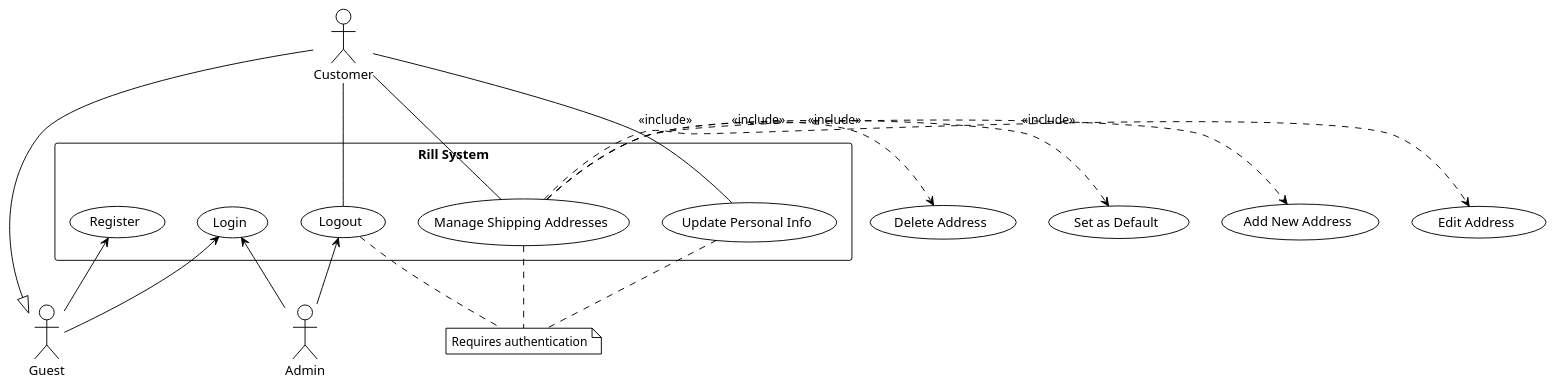
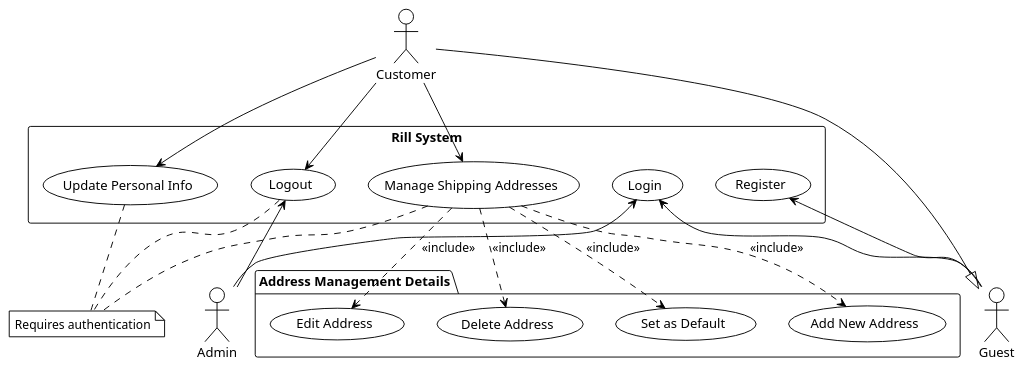
Before and after one commit to mttk2004/rill-system: the diagram in use-case/detailed/uc-1-account-management.puml, drawn with PlantUML. The commit also changed 9 other files, not shown here.

Commit message:
refactor: refine all diagrams

```diff
--- a/use-case/detailed/uc-1-account-management.puml
+++ b/use-case/detailed/uc-1-account-management.puml
@@ -1,48 +1,65 @@
-@startuml "UC-1: Account & Profile Management"
-' Layout improvement for better readability
-
+@startuml "UC-1: Account & Profile Management - Final Layout"
+' Giao diện gọn gàng
 !theme plain
 
+' --- ACTORS ---
+actor Customer
 actor Guest
-actor Customer
 actor Admin
 
+' Quan hệ kế thừa
 Customer --|> Guest
 
+' --- SYSTEM BOUNDARY ---
 rectangle "Rill System" {
   usecase "Register" as UC1
   usecase "Login" as UC2
   usecase "Logout" as UC2b
   usecase "Update Personal Info" as UC3
   usecase "Manage Shipping Addresses" as UC4
+
+  ' Dàn hàng ngang các use case
+  UC1 -[hidden]right- UC2
+  UC3 -[hidden]right- UC4
 }
 
-' Positioning actors
-Guest -[hidden]down-> Customer
-Admin -[hidden]down- UC2b
+' --- SUB USE CASES for Address Management ---
+package "Address Management Details" {
+  usecase "Add New Address" as Add
+  usecase "Edit Address" as Edit
+  usecase "Delete Address" as Delete
+  usecase "Set as Default" as SetDefault
 
-' Guest actions are on the left
+  ' Dàn hàng ngang các use case con
+  Add -[hidden]right- Edit
+  Edit -[hidden]right- Delete
+  Delete -[hidden]right- SetDefault
+}
+
+' --- RELATIONSHIPS ---
+
+' Actor -> Use Cases
 Guest -up-> UC1
 Guest -up-> UC2
-
-' Admin actions are on the right
 Admin -up-> UC2
 Admin -up-> UC2b
+Customer --> UC2b
+Customer --> UC3
+Customer --> UC4
 
-' Customer actions are in the center
-Customer -- UC2b
-Customer -- UC3
-Customer -- UC4
+' Quan hệ <<include>>
+UC4 .down.> Add       : <<include>>
+UC4 .down.> Edit      : <<include>>
+UC4 .down.> Delete    : <<include>>
+UC4 .down.> SetDefault: <<include>>
 
-' Breakdown of Manage Shipping Addresses
-UC4 .> (Add New Address) : <<include>>
-UC4 .> (Edit Address) : <<include>>
-UC4 .> (Delete Address) : <<include>>
-UC4 .> (Set as Default) : <<include>>
+' --- NOTES (SỬA LỖI TẠI ĐÂY) ---
+' 1. Đặt ghi chú và gán cho nó một cái tên (alias) là "AuthNote"
+note "Requires authentication" as AuthNote
 
-note "Requires authentication" as N1
-UC3 .. N1
-UC4 .. N1
-UC2b .. N1
+' 2. Nối các use case trực tiếp tới tên "AuthNote"
+UC3 .. AuthNote
+UC4 .. AuthNote
+UC2b .. AuthNote
 
 @enduml
```
